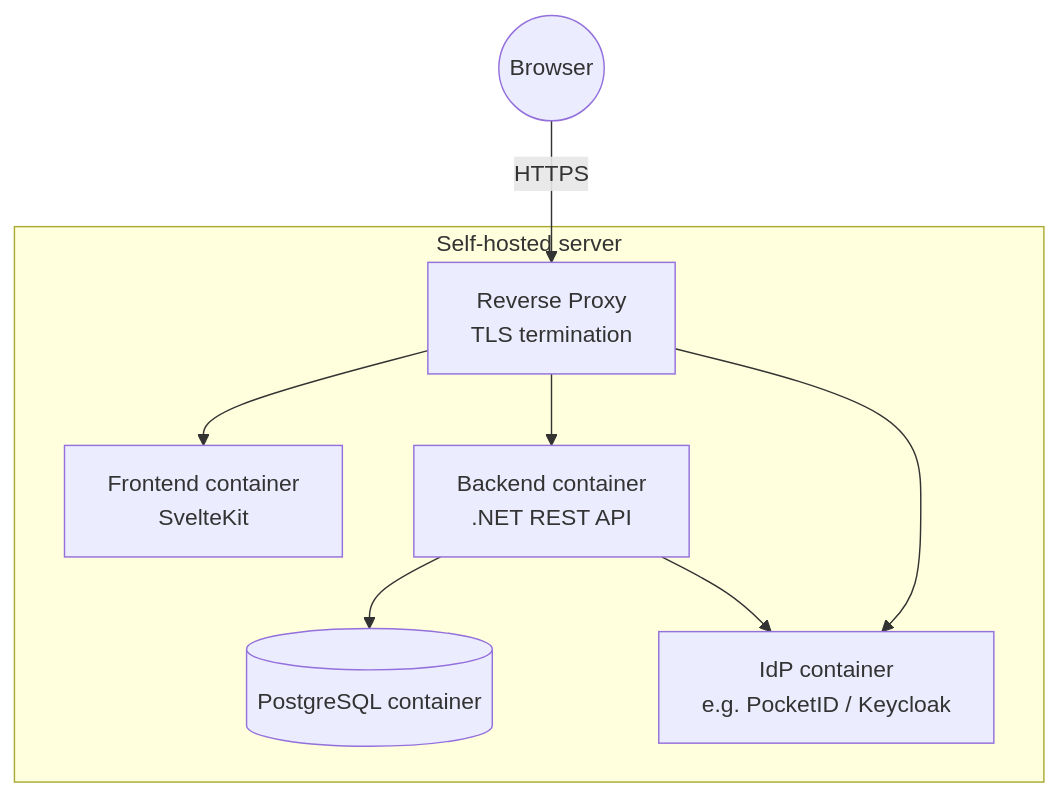
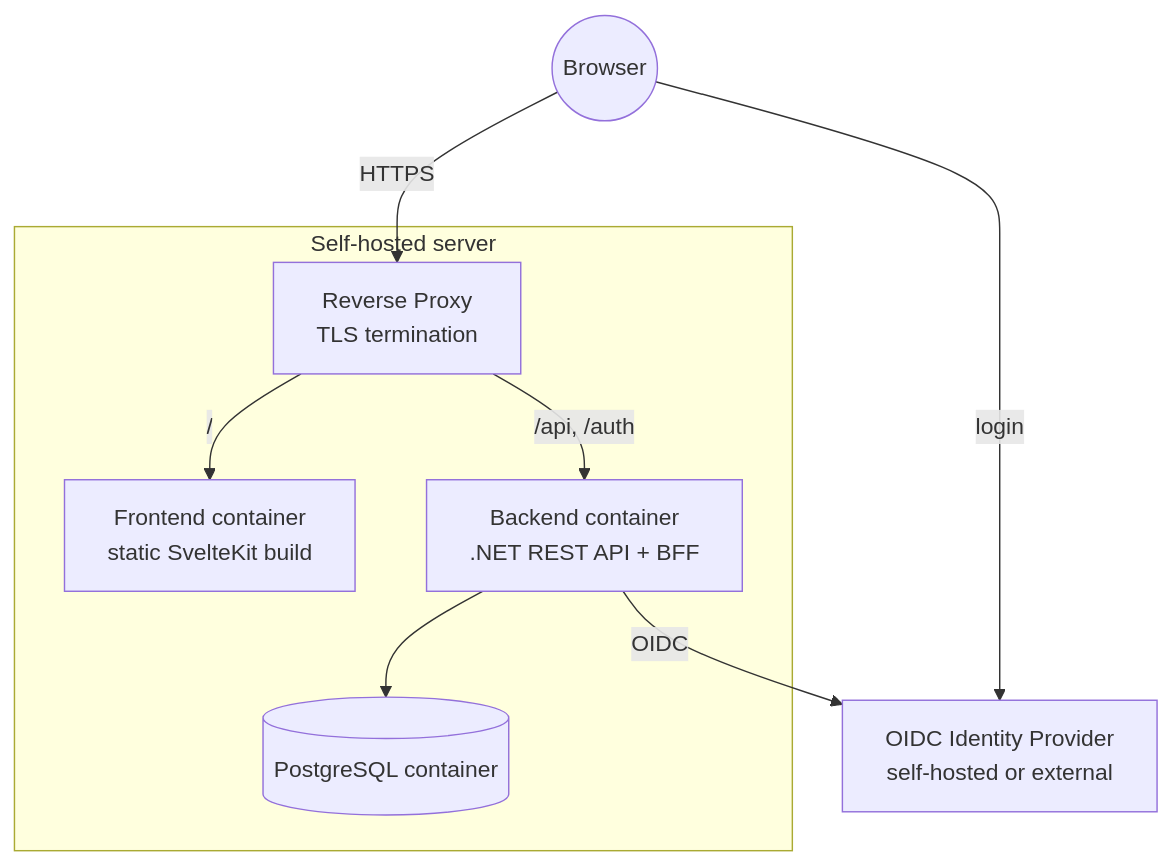
One commit to SvBrunner/TacticalBoard changed the diagram in docs/arc42/07_deployment_view.md. Above: the diagram before and after it, drawn with Mermaid. The commit also changed other lines of this file and 10 other files, not shown here.

Commit message:
docs: specify phase 2 backend architecture and requirements

````diff
--- a/docs/arc42/07_deployment_view.md
+++ b/docs/arc42/07_deployment_view.md
@@ -5,18 +5,18 @@
 ```mermaid
 graph TB
     subgraph "Self-hosted server"
         RP[Reverse Proxy<br/>TLS termination]
-        FE[Frontend container<br/>SvelteKit]
-        BE[Backend container<br/>.NET REST API]
+        FE[Frontend container<br/>static SvelteKit build]
+        BE[Backend container<br/>.NET REST API + BFF]
         DB[(PostgreSQL container)]
-        IdP[IdP container<br/>e.g. PocketID / Keycloak]
 
-        RP --> FE
-        RP --> BE
-        RP --> IdP
+        RP -- "/" --> FE
+        RP -- "/api, /auth" --> BE
         BE --> DB
-        BE --> IdP
     end
 
+    IdP[OIDC Identity Provider<br/>self-hosted or external]
     Browser((Browser)) -- HTTPS --> RP
+    Browser -- login --> IdP
+    BE -- OIDC --> IdP
 ```
````
